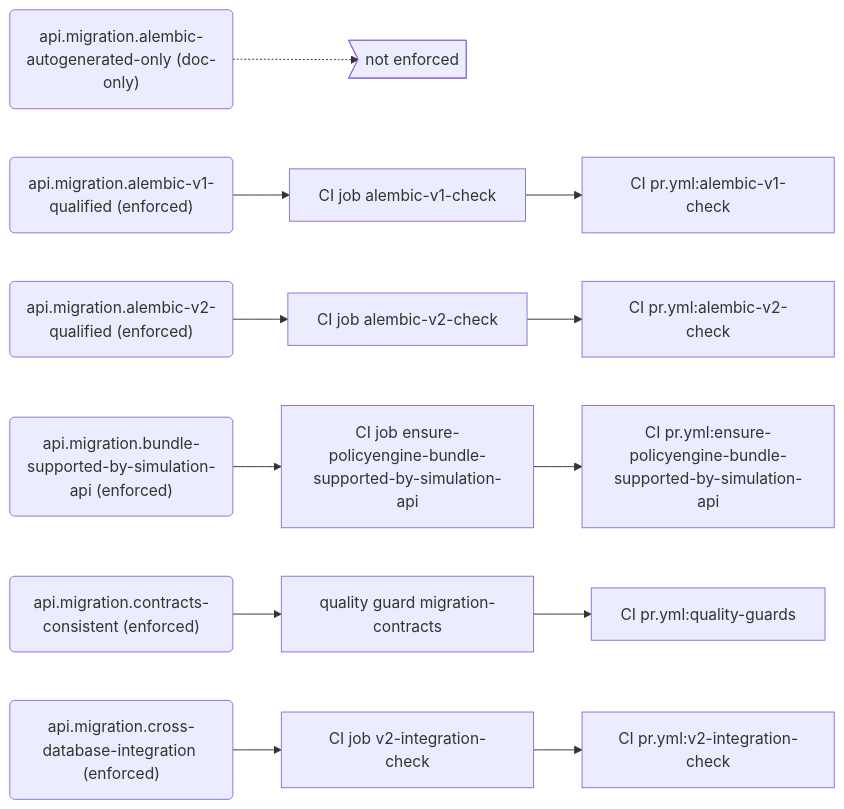
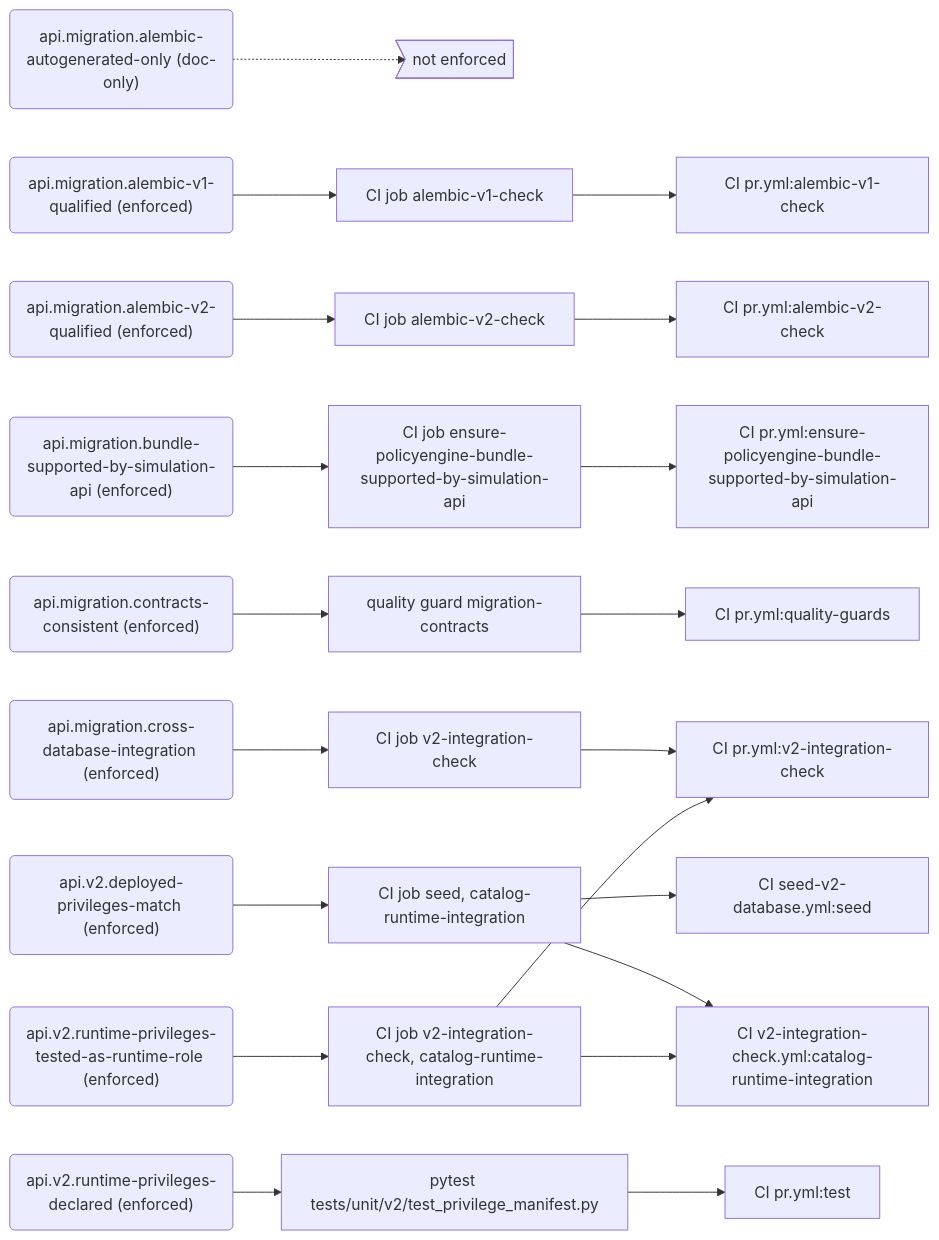
The fifth of 9 diagrams in docs/generated/rules.md (PolicyEngine/policyengine-api), drawn with Mermaid before and after one commit. The commit also changed other lines of this file and 7 other files, not shown here.

````diff
--- a/docs/generated/rules.md
+++ b/docs/generated/rules.md
@@ -236,31 +239,48 @@
 ```mermaid
 flowchart LR
   r_api_migration_alembic_autogenerated_only("api.migration.alembic-autogenerated-only (doc-only)")
   gap_unenforced>"not enforced"]
   r_api_migration_alembic_v1_qualified("api.migration.alembic-v1-qualified (enforced)")
   e_CI_job_alembic_v1_check["CI job alembic-v1-check"]
   j_CI_pr_yml_alembic_v1_check["CI pr.yml:alembic-v1-check"]
   r_api_migration_alembic_v2_qualified("api.migration.alembic-v2-qualified (enforced)")
   e_CI_job_alembic_v2_check["CI job alembic-v2-check"]
   j_CI_pr_yml_alembic_v2_check["CI pr.yml:alembic-v2-check"]
   r_api_migration_bundle_supported_by_simulation_api("api.migration.bundle-supported-by-simulation-api (enforced)")
   e_CI_job_ensure_policyengine_bundle_supported_by_simulation_api["CI job ensure-policyengine-bundle-supported-by-simulation-api"]
   j_CI_pr_yml_ensure_policyengine_bundle_supported_by_simulation_api["CI pr.yml:ensure-policyengine-bundle-supported-by-simulation-api"]
   r_api_migration_contracts_consistent("api.migration.contracts-consistent (enforced)")
   e_quality_guard_migration_contracts["quality guard migration-contracts"]
   j_CI_pr_yml_quality_guards["CI pr.yml:quality-guards"]
   r_api_migration_cross_database_integration("api.migration.cross-database-integration (enforced)")
   e_CI_job_v2_integration_check["CI job v2-integration-check"]
   j_CI_pr_yml_v2_integration_check["CI pr.yml:v2-integration-check"]
+  r_api_v2_deployed_privileges_match("api.v2.deployed-privileges-match (enforced)")
+  e_CI_job_seed__catalog_runtime_integration["CI job seed, catalog-runtime-integration"]
+  j_CI_seed_v2_database_yml_seed["CI seed-v2-database.yml:seed"]
+  j_CI_v2_integration_check_yml_catalog_runtime_integration["CI v2-integration-check.yml:catalog-runtime-integration"]
+  r_api_v2_runtime_privileges_declared("api.v2.runtime-privileges-declared (enforced)")
+  e_pytest_tests_unit_v2_test_privilege_manifest_py["pytest tests/unit/v2/test_privilege_manifest.py"]
+  j_CI_pr_yml_test["CI pr.yml:test"]
+  r_api_v2_runtime_privileges_tested_as_runtime_role("api.v2.runtime-privileges-tested-as-runtime-role (enforced)")
+  e_CI_job_v2_integration_check__catalog_runtime_integration["CI job v2-integration-check, catalog-runtime-integration"]
   r_api_migration_alembic_autogenerated_only -.-> gap_unenforced
   r_api_migration_alembic_v1_qualified --> e_CI_job_alembic_v1_check
   e_CI_job_alembic_v1_check --> j_CI_pr_yml_alembic_v1_check
   r_api_migration_alembic_v2_qualified --> e_CI_job_alembic_v2_check
   e_CI_job_alembic_v2_check --> j_CI_pr_yml_alembic_v2_check
   r_api_migration_bundle_supported_by_simulation_api --> e_CI_job_ensure_policyengine_bundle_supported_by_simulation_api
   e_CI_job_ensure_policyengine_bundle_supported_by_simulation_api --> j_CI_pr_yml_ensure_policyengine_bundle_supported_by_simulation_api
   r_api_migration_contracts_consistent --> e_quality_guard_migration_contracts
   e_quality_guard_migration_contracts --> j_CI_pr_yml_quality_guards
   r_api_migration_cross_database_integration --> e_CI_job_v2_integration_check
   e_CI_job_v2_integration_check --> j_CI_pr_yml_v2_integration_check
+  r_api_v2_deployed_privileges_match --> e_CI_job_seed__catalog_runtime_integration
+  e_CI_job_seed__catalog_runtime_integration --> j_CI_seed_v2_database_yml_seed
+  e_CI_job_seed__catalog_runtime_integration --> j_CI_v2_integration_check_yml_catalog_runtime_integration
+  r_api_v2_runtime_privileges_declared --> e_pytest_tests_unit_v2_test_privilege_manifest_py
+  e_pytest_tests_unit_v2_test_privilege_manifest_py --> j_CI_pr_yml_test
+  r_api_v2_runtime_privileges_tested_as_runtime_role --> e_CI_job_v2_integration_check__catalog_runtime_integration
+  e_CI_job_v2_integration_check__catalog_runtime_integration --> j_CI_pr_yml_v2_integration_check
+  e_CI_job_v2_integration_check__catalog_runtime_integration --> j_CI_v2_integration_check_yml_catalog_runtime_integration
 ```
````
